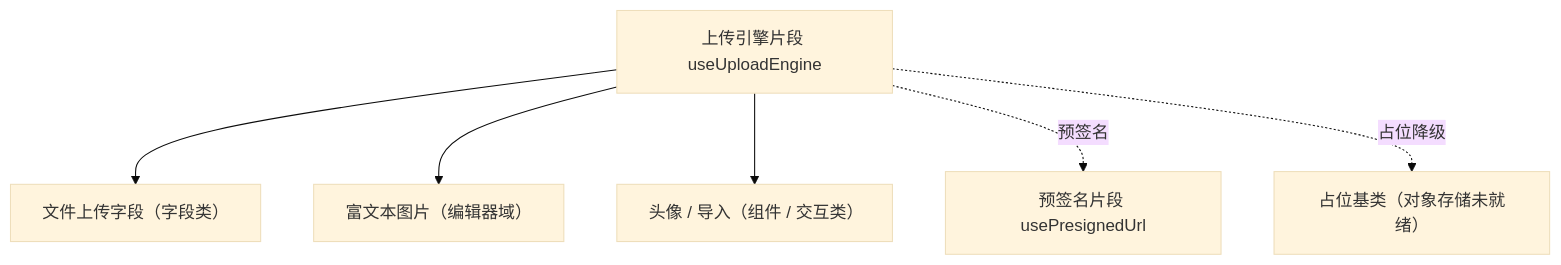
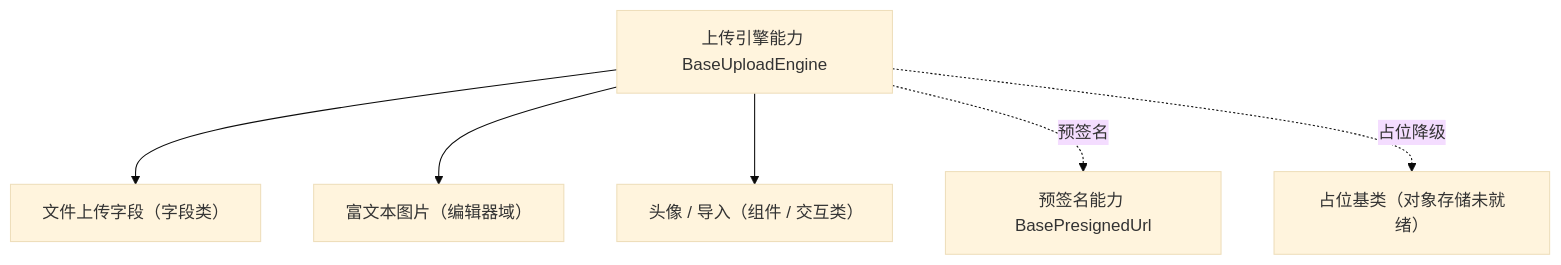
The diagram in bms文档/设计/组件设计/02_基础组件类/02_能力片段/13_组件设计_上传引擎片段/13_组件设计_上传引擎片段.md (minjian123/basic-management-system), drawn with Mermaid (base theme) before and after one commit. The commit also changed other lines of this file and 49 other files, not shown here.

````diff
--- a/bms文档/设计/组件设计/02_基础组件类/02_能力片段/13_组件设计_上传引擎片段/13_组件设计_上传引擎片段.md
+++ b/bms文档/设计/组件设计/02_基础组件类/02_能力片段/13_组件设计_上传引擎片段/13_组件设计_上传引擎片段.md
@@ -15,8 +15,8 @@
 ```mermaid
 flowchart TD
-    ENG["上传引擎片段 useUploadEngine"] --> F1["文件上传字段（字段类）"]
+    ENG["上传引擎能力 BaseUploadEngine"] --> F1["文件上传字段（字段类）"]
     ENG --> F2["富文本图片（编辑器域）"]
     ENG --> F3["头像 / 导入（组件 / 交互类）"]
-    ENG -. 预签名 .-> PS["预签名片段 usePresignedUrl"]
+    ENG -. 预签名 .-> PS["预签名能力 BasePresignedUrl"]
     ENG -. 占位降级 .-> PH["占位基类（对象存储未就绪）"]
 ```
````
